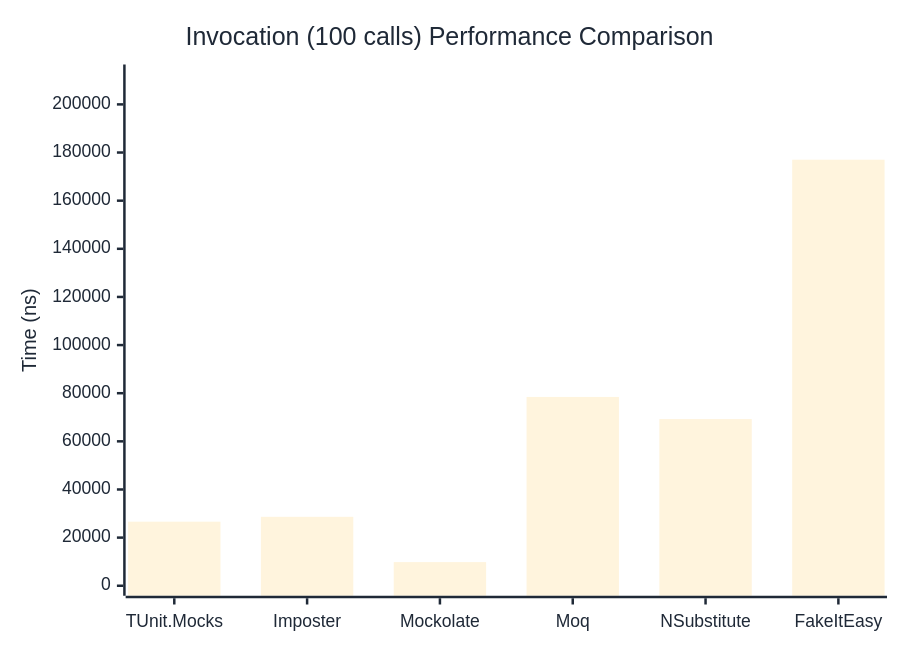
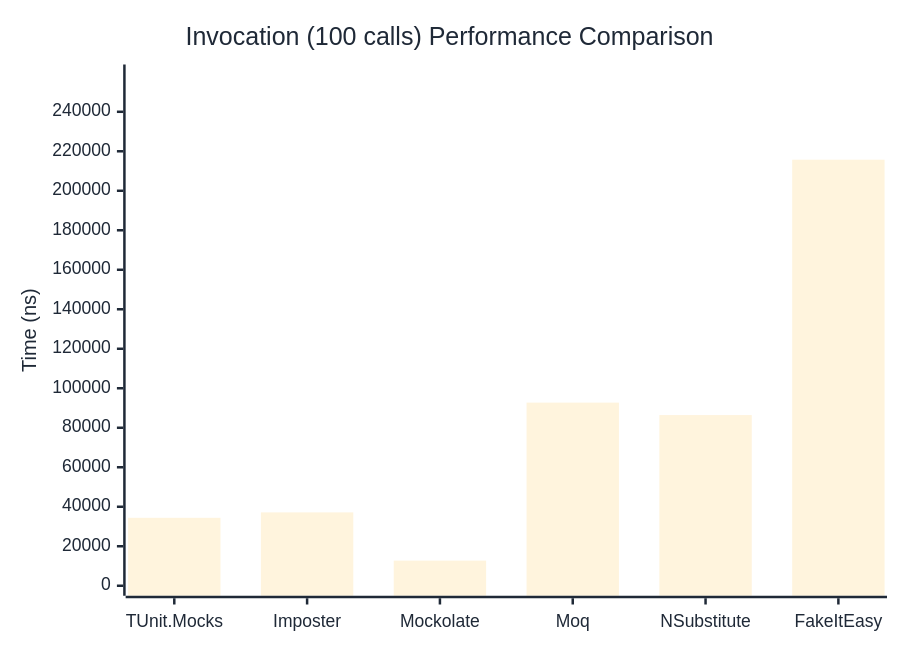
Before and after one commit to thomhurst/TUnit: the third of 3 diagrams in docs/docs/benchmarks/mocks/Invocation.md, drawn with Mermaid. The commit also changed other lines of this file and 14 other files, not shown here.

````diff
--- a/docs/docs/benchmarks/mocks/Invocation.md
+++ b/docs/docs/benchmarks/mocks/Invocation.md
@@ -112,27 +112,27 @@
 ```mermaid
 %%{init: {
   'theme':'base',
   'themeVariables': {
     'primaryColor': '#2563eb',
     'primaryTextColor': '#1f2937',
     'primaryBorderColor': '#1e40af',
     'lineColor': '#6b7280',
     'secondaryColor': '#7c3aed',
     'tertiaryColor': '#dc2626',
     'background': '#ffffff',
     'pie1': '#2563eb',
     'pie2': '#7c3aed',
     'pie3': '#dc2626',
     'pie4': '#f59e0b',
     'pie5': '#10b981',
     'pie6': '#06b6d4',
     'pie7': '#ec4899',
     'pie8': '#6366f1'
   }
 }}%%
 xychart-beta
   title "Invocation (100 calls) Performance Comparison"
   x-axis ["TUnit.Mocks", "Imposter", "Mockolate", "Moq", "NSubstitute", "FakeItEasy"]
-  y-axis "Time (ns)" 0 --> 212420
-  bar [26620.33, 28642.89, 9829.62, 78446.11, 69253.19, 177016.1]
+  y-axis "Time (ns)" 0 --> 258880
+  bar [34402.6, 37140.5, 12722.5, 92729.7, 86422.2, 215733.2]
 ```
````
